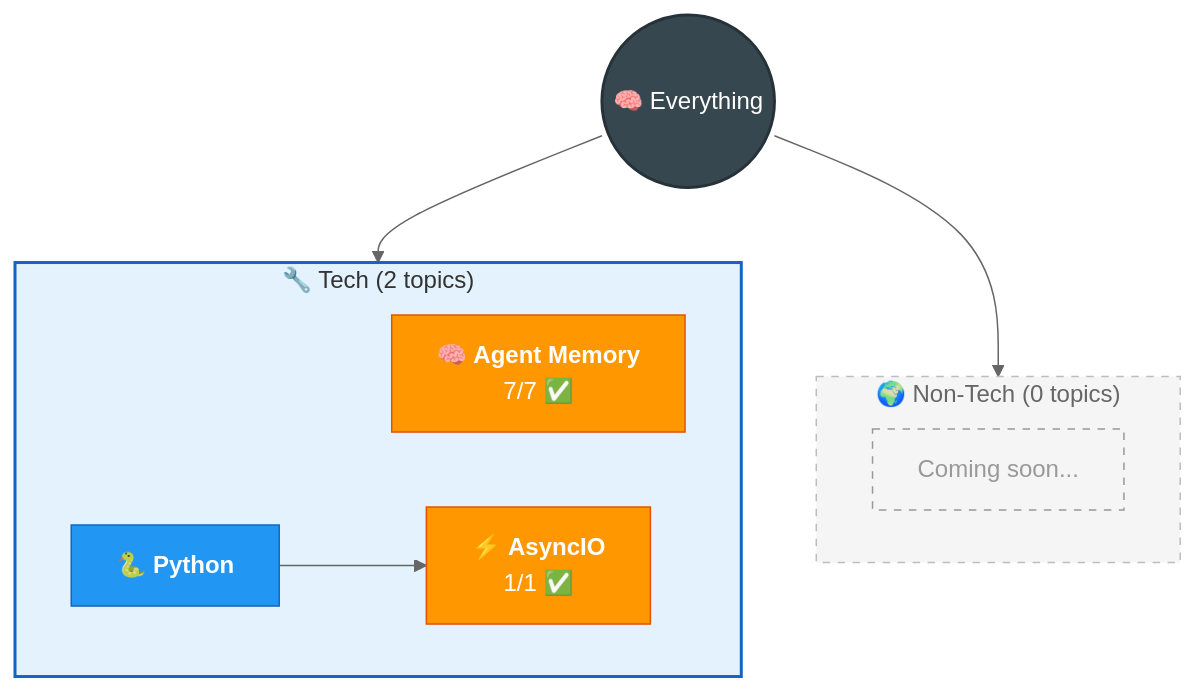
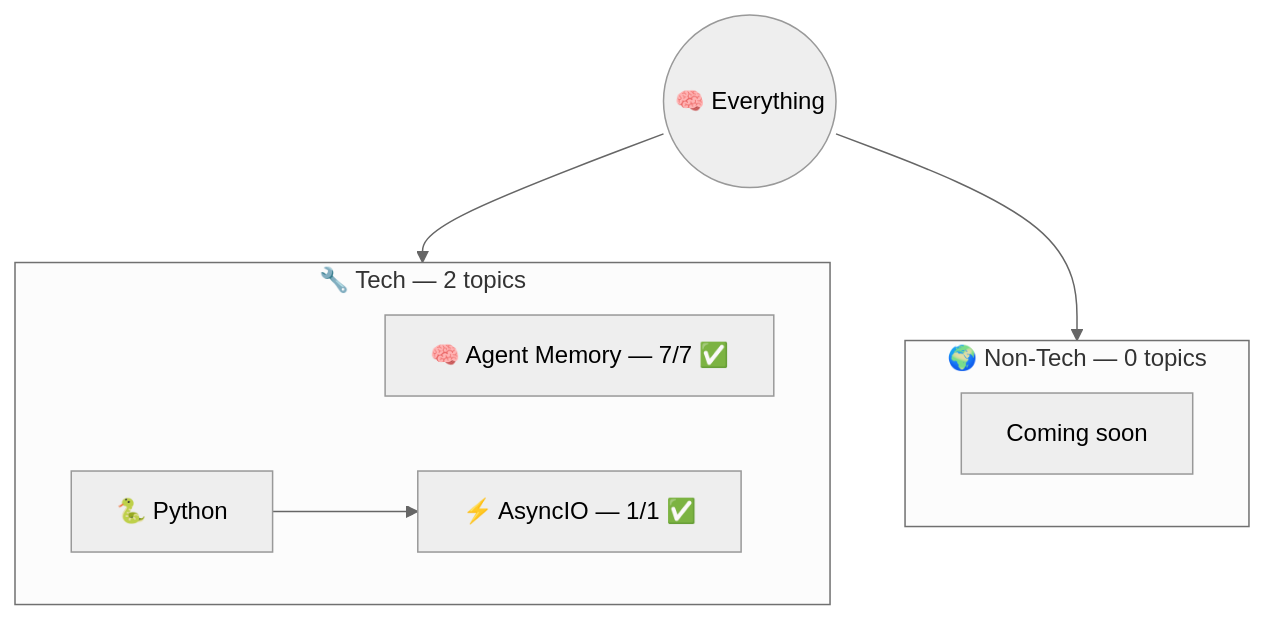
The diagram in _maps/everything.md (AyushSonuu/my-memory), drawn with Mermaid (neutral theme) before and after one commit. The commit also changed other lines of this file and 8 other files, not shown here.

Commit message:
🎨 fix: theme-aware mermaid (no custom fills), consistent colors in both modes, clean homepage

````diff
--- a/_maps/everything.md
+++ b/_maps/everything.md
@@ -5,25 +5,17 @@
 ```mermaid
 graph TB
     ROOT(("🧠 Everything"))
     
-    subgraph TECH ["🔧 Tech (2 topics)"]
-        AM["🧠 <b>Agent Memory</b><br/>7/7 ✅"]
-        PY["🐍 <b>Python</b>"]
-        PY --> AIO["⚡ <b>AsyncIO</b><br/>1/1 ✅"]
+    subgraph TECH ["🔧 Tech — 2 topics"]
+        AM["🧠 Agent Memory — 7/7 ✅"]
+        PY["🐍 Python"]
+        PY --> AIO["⚡ AsyncIO — 1/1 ✅"]
     end
 
-    subgraph NT ["🌍 Non-Tech (0 topics)"]
-        NTE["Coming soon..."]
+    subgraph NT ["🌍 Non-Tech — 0 topics"]
+        NTE["Coming soon"]
     end
 
     ROOT --> TECH
     ROOT --> NT
-
-    style ROOT fill:#37474f,color:#fff,stroke:#263238,stroke-width:2px
-    style TECH fill:#e3f2fd,color:#333,stroke:#1565c0,stroke-width:2px
-    style NT fill:#f5f5f5,color:#666,stroke:#bdbdbd,stroke-dasharray: 5 5
-    style AM fill:#ff9800,color:#fff,stroke:#e65100
-    style PY fill:#2196f3,color:#fff,stroke:#1565c0
-    style AIO fill:#ff9800,color:#fff,stroke:#e65100
-    style NTE fill:#f5f5f5,color:#999,stroke-dasharray: 5 5
 ```
````
